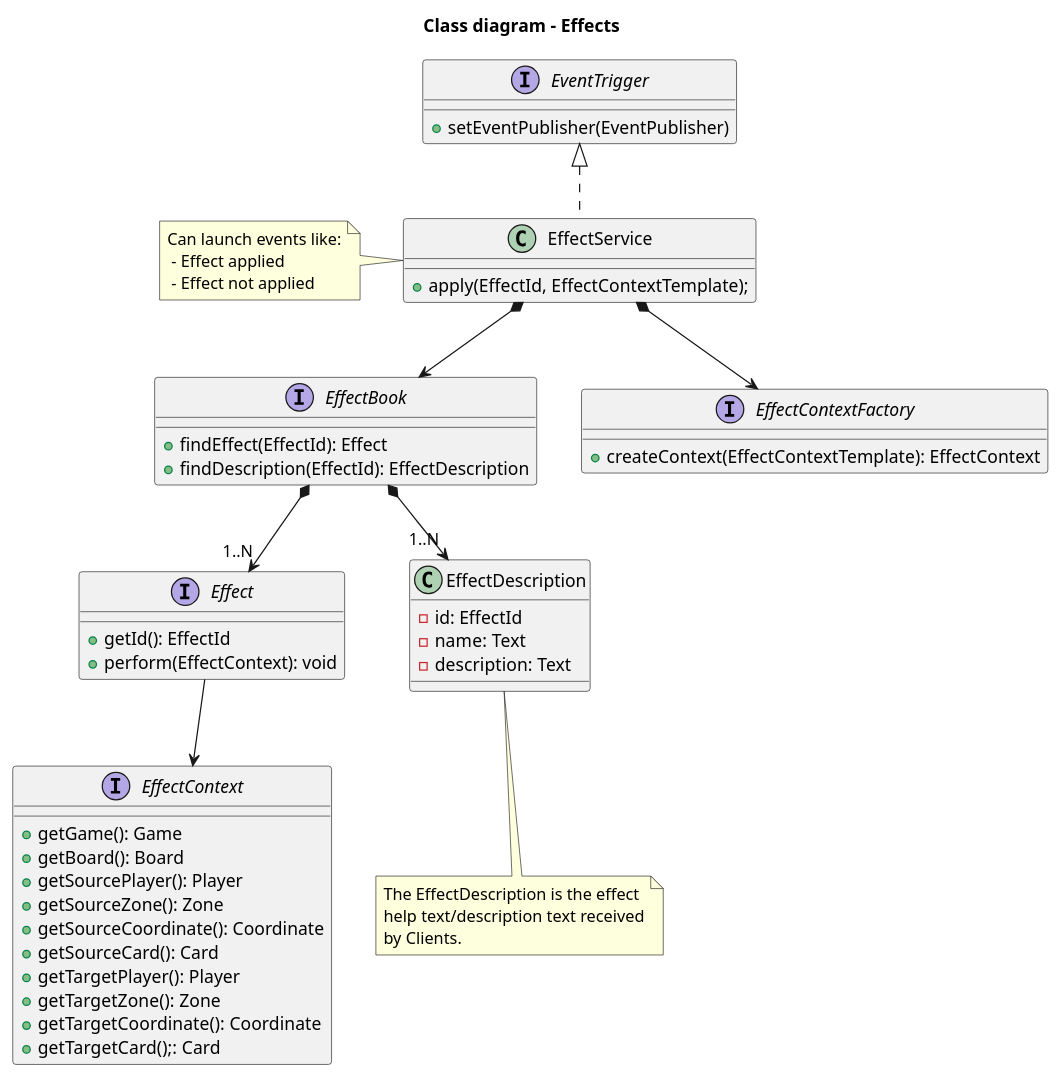
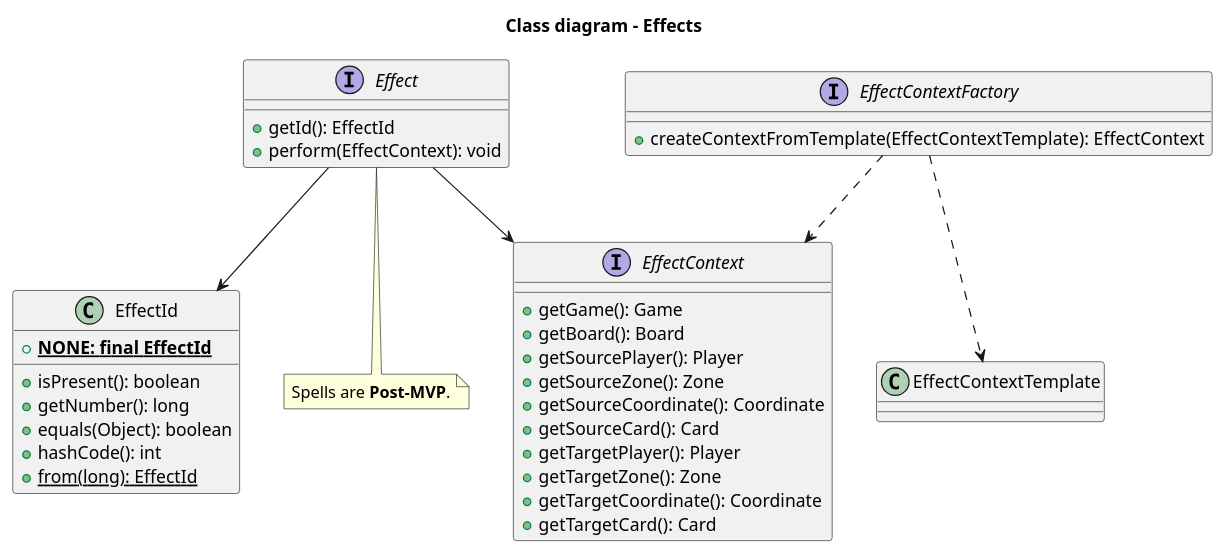
The diagram in docs/development/diagrams/class_diagram-effect.plantuml (DainWs/Crazy-Random-Multiverse), drawn with PlantUML before and after one commit. The commit also changed 16 other files, not shown here.

Commit message:
align the guides, diagrams and readme with the code

```diff
--- a/docs/development/diagrams/class_diagram-effect.plantuml
+++ b/docs/development/diagrams/class_diagram-effect.plantuml
@@ -1,64 +1,44 @@
-@startuml	
+@startuml
 title "Class diagram - Effects"
-
-interface EventTrigger {
- +setEventPublisher(EventPublisher)
-}
 
 interface EffectContext {
  +getGame(): Game
  +getBoard(): Board
  +getSourcePlayer(): Player
  +getSourceZone(): Zone
  +getSourceCoordinate(): Coordinate
  +getSourceCard(): Card
  +getTargetPlayer(): Player
  +getTargetZone(): Zone
  +getTargetCoordinate(): Coordinate
- +getTargetCard();: Card
-}
-
-interface EffectBook {
- +findEffect(EffectId): Effect
- +findDescription(EffectId): EffectDescription
-}
-
-class EffectService implements EventTrigger {
- +apply(EffectId, EffectContextTemplate);
+ +getTargetCard(): Card
 }
 
 interface Effect {
  +getId(): EffectId
  +perform(EffectContext): void
 }
 
-class EffectDescription {
- -id: EffectId
- -name: Text
- -description: Text 
+class EffectId {
+ +{static}<b>NONE: final EffectId</b>
+ +isPresent(): boolean
+ +getNumber(): long
+ +equals(Object): boolean
+ +hashCode(): int
+ +{static} from(long): EffectId
 }
 
 interface EffectContextFactory {
- +createContext(EffectContextTemplate): EffectContext
+ +createContextFromTemplate(EffectContextTemplate): EffectContext
 }
 
-note bottom of EffectDescription
- The EffectDescription is the effect 
- help text/description text received
- by Clients.
+note bottom of Effect
+ Spells are **Post-MVP**.
 end note
 
-note left of EffectService
- Can launch events like:
-  - Effect applied
-  - Effect not applied
-end note
+EffectContextFactory ..> EffectContextTemplate
+EffectContextFactory ..> EffectContext
 
-EffectService *--> EffectBook
-EffectService *--> EffectContextFactory
-
-EffectBook *--> "1..N" Effect
-EffectBook *--> "1..N" EffectDescription
-
+Effect --> EffectId
 Effect --> EffectContext
 @enduml
```
